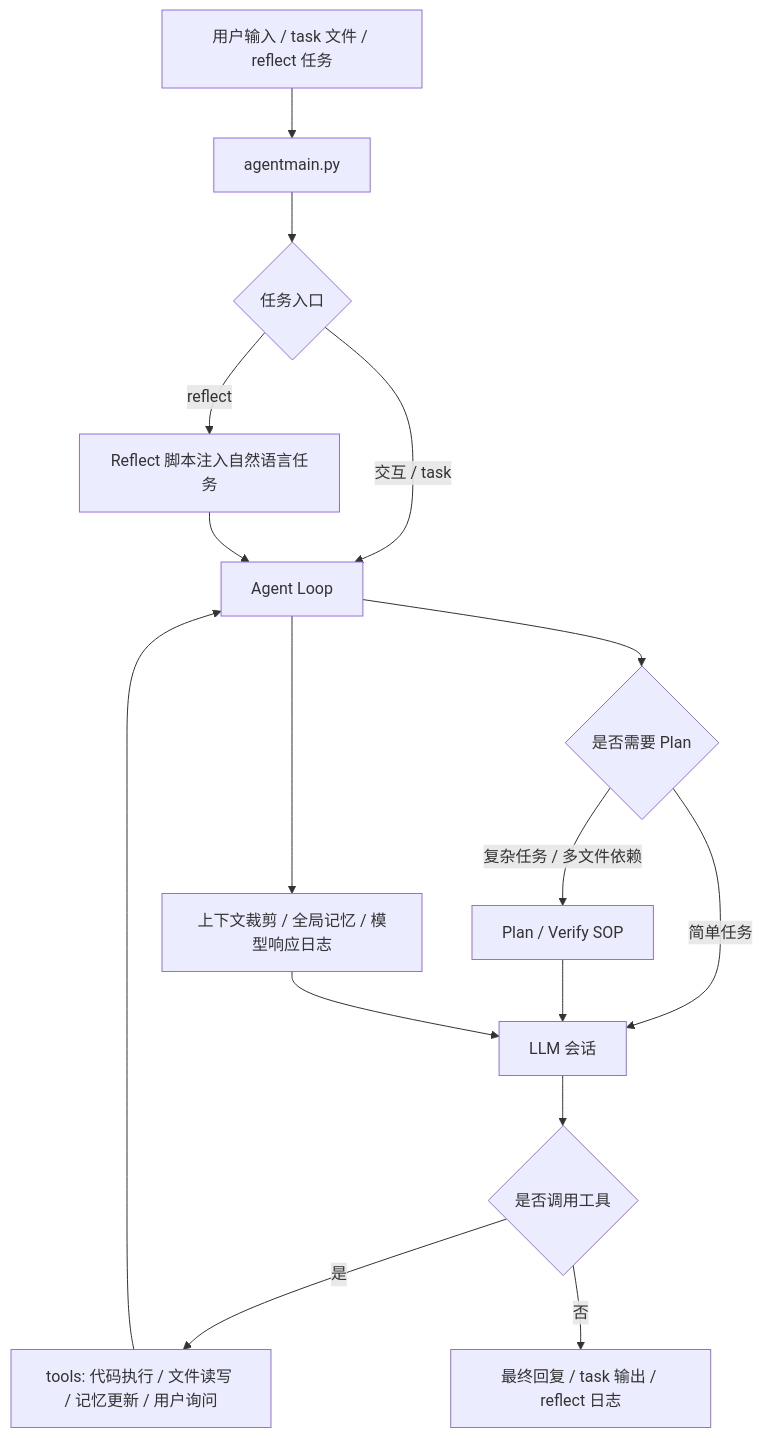
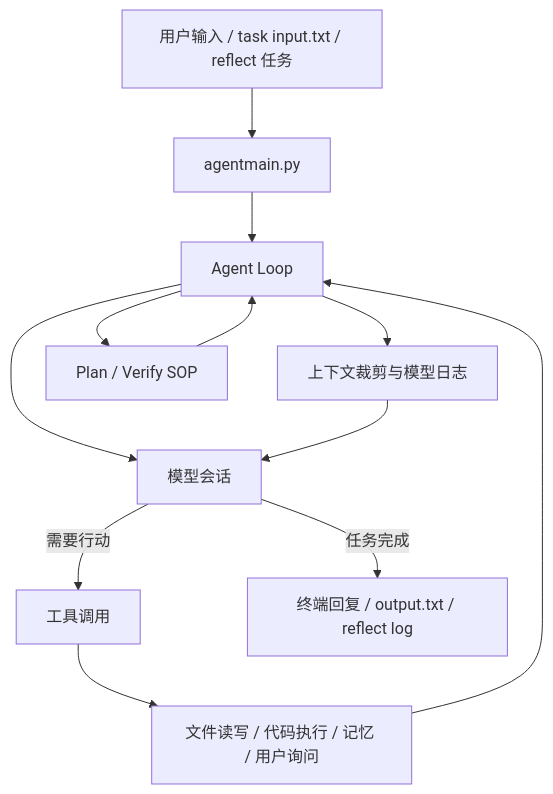
Before and after one commit to sss-y/LocalPilot: the diagram in README.md, drawn with Mermaid. The commit also changed other lines of this file and 7 other files, not shown here.

````diff
--- a/README.md
+++ b/README.md
@@ -17,18 +28,14 @@
 ```mermaid
 flowchart TD
-    A[用户输入 / task 文件 / reflect 任务] --> B[agentmain.py]
-    B --> C{任务入口}
-    C -->|交互 / task| D[Agent Loop]
-    C -->|reflect| R[Reflect 脚本注入自然语言任务]
-    R --> D
-    D --> P{是否需要 Plan}
-    P -->|复杂任务 / 多文件依赖| PL[Plan / Verify SOP]
-    P -->|简单任务| L[LLM 会话]
-    PL --> L
-    L --> T{是否调用工具}
-    T -->|是| U[tools: 代码执行 / 文件读写 / 记忆更新 / 用户询问]
-    U --> D
-    T -->|否| O[最终回复 / task 输出 / reflect 日志]
-    D --> M[上下文裁剪 / 全局记忆 / 模型响应日志]
-    M --> L
+    U[用户输入 / task input.txt / reflect 任务] --> M[agentmain.py]
+    M --> L[Agent Loop]
+    L --> S[模型会话]
+    S -->|需要行动| T[工具调用]
+    T --> F[文件读写 / 代码执行 / 记忆 / 用户询问]
+    F --> L
+    S -->|任务完成| O[终端回复 / output.txt / reflect log]
+    L --> C[上下文裁剪与模型日志]
+    C --> S
+    L --> P[Plan / Verify SOP]
+    P --> L
 ```
````
